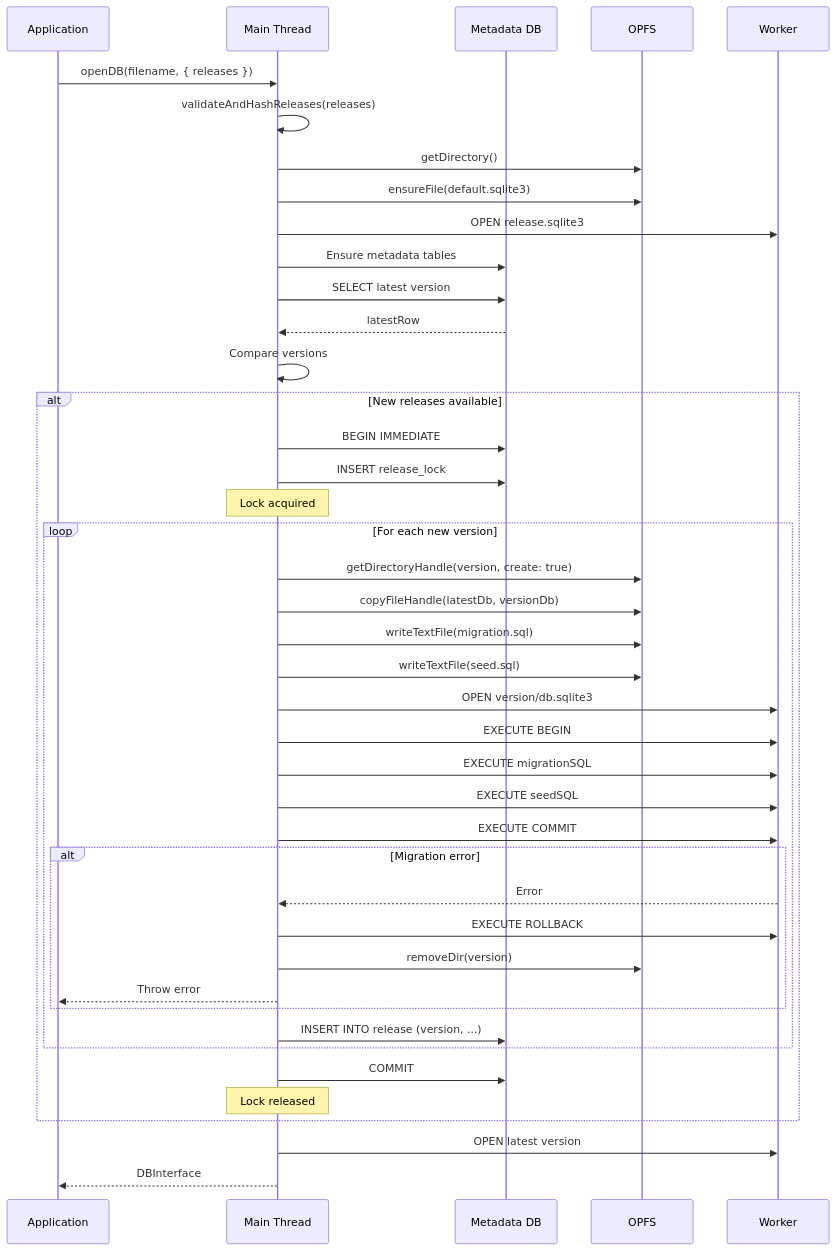
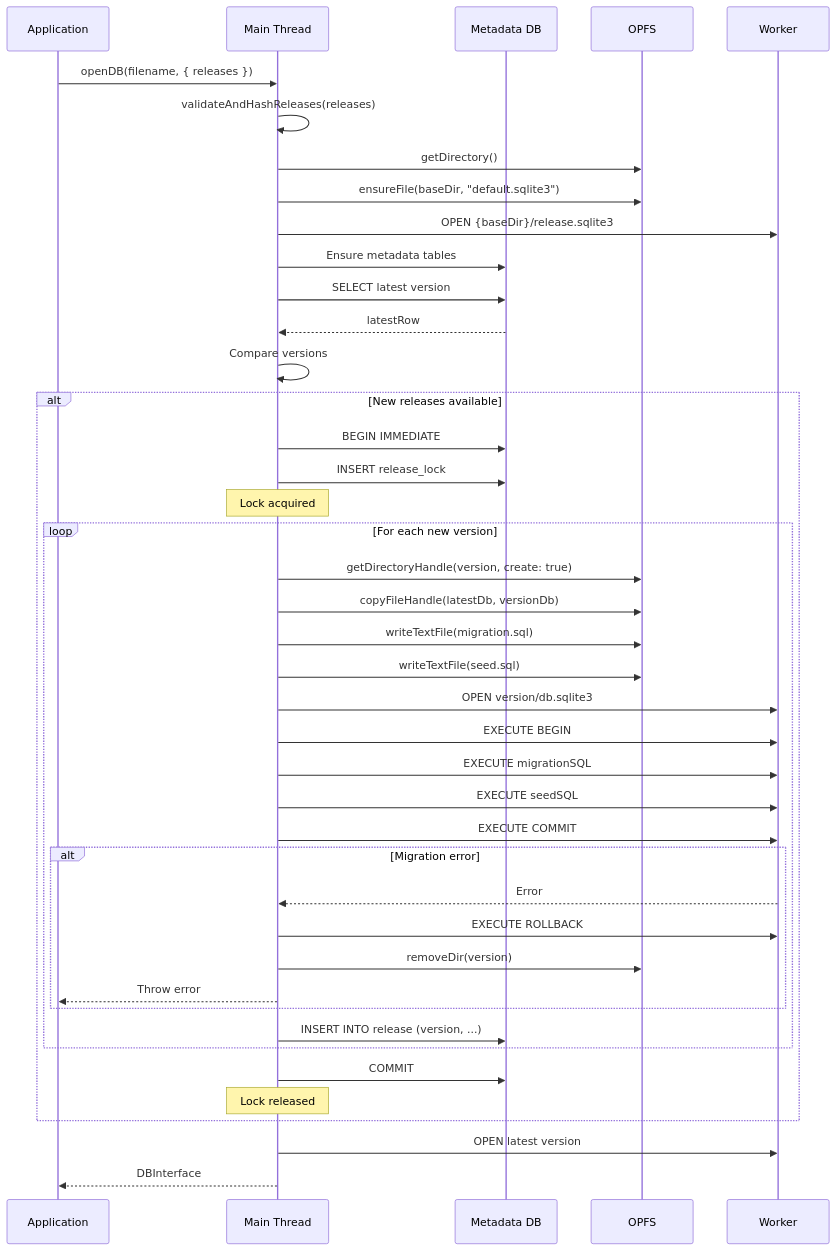
Before and after one commit to wuchuheng/web-sqlite-v2: the second of 4 diagrams in docs/05-design/02-schema/02-migrations.md, drawn with Mermaid. The commit also changed other lines of this file and 21 other files, not shown here.

````diff
--- a/docs/05-design/02-schema/02-migrations.md
+++ b/docs/05-design/02-schema/02-migrations.md
@@ -153,54 +153,54 @@
 ```mermaid
 sequenceDiagram
     participant App as Application
     participant Main as Main Thread
     participant Meta as Metadata DB
     participant OPFS as OPFS
     participant Worker as Worker
 
     App->>Main: openDB(filename, { releases })
     Main->>Main: validateAndHashReleases(releases)
     Main->>OPFS: getDirectory()
-    Main->>OPFS: ensureFile(default.sqlite3)
-    Main->>Worker: OPEN release.sqlite3
+    Main->>OPFS: ensureFile(baseDir, "default.sqlite3")
+    Main->>Worker: OPEN {baseDir}/release.sqlite3
     Main->>Meta: Ensure metadata tables
 
     Main->>Meta: SELECT latest version
     Meta-->>Main: latestRow
 
     Main->>Main: Compare versions
 
     alt New releases available
         Main->>Meta: BEGIN IMMEDIATE
         Main->>Meta: INSERT release_lock
         Note over Main: Lock acquired
 
         loop For each new version
             Main->>OPFS: getDirectoryHandle(version, create: true)
             Main->>OPFS: copyFileHandle(latestDb, versionDb)
             Main->>OPFS: writeTextFile(migration.sql)
             Main->>OPFS: writeTextFile(seed.sql)
 
             Main->>Worker: OPEN version/db.sqlite3
             Main->>Worker: EXECUTE BEGIN
             Main->>Worker: EXECUTE migrationSQL
             Main->>Worker: EXECUTE seedSQL
             Main->>Worker: EXECUTE COMMIT
 
             alt Migration error
                 Worker-->>Main: Error
                 Main->>Worker: EXECUTE ROLLBACK
                 Main->>OPFS: removeDir(version)
                 Main-->>App: Throw error
             end
 
             Main->>Meta: INSERT INTO release (version, ...)
         end
 
         Main->>Meta: COMMIT
         Note over Main: Lock released
     end
 
     Main->>Worker: OPEN latest version
     Main-->>App: DBInterface
 ```
````
